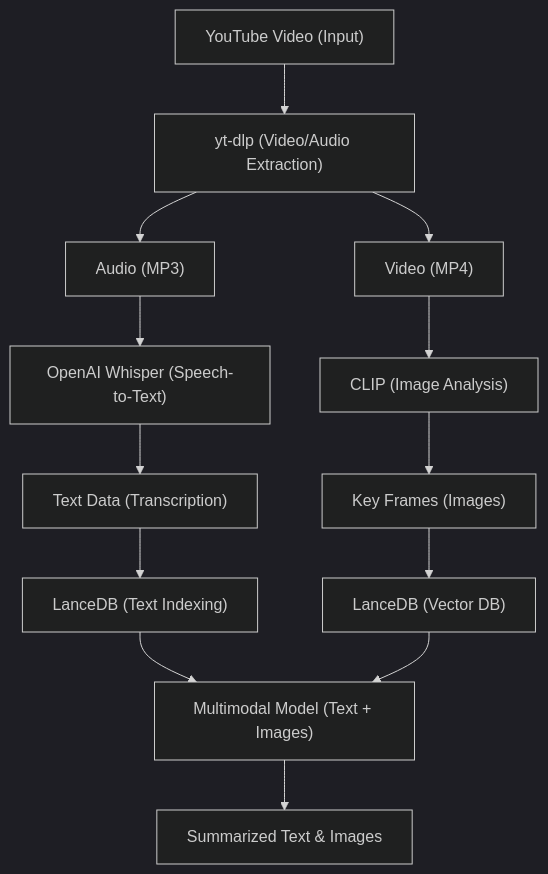
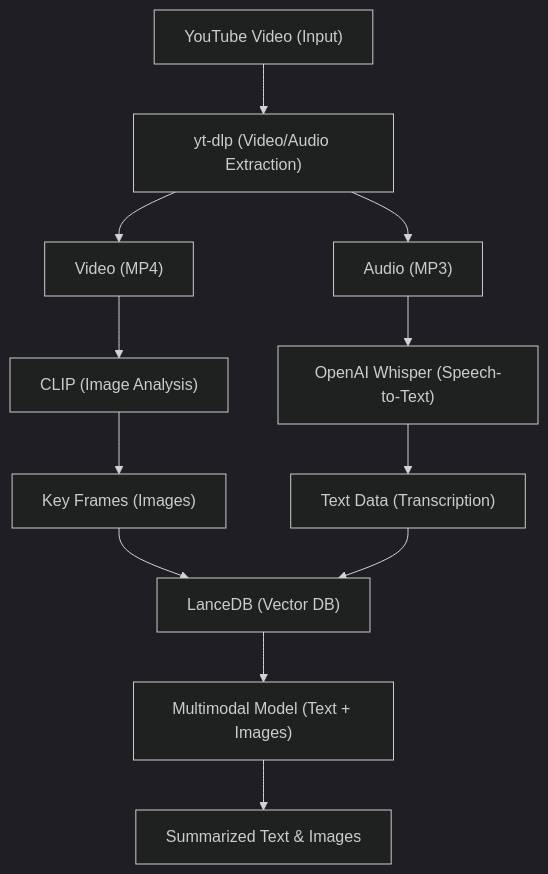
Before and after one commit to naveenkrishnan840/Youtube-Video-Summarization: the diagram in README.md, drawn with Mermaid (dark theme).

````diff
--- a/README.md
+++ b/README.md
@@ -51,16 +51,15 @@
 ```mermaid
 graph TD
     %% Graph structure
-    A["YouTube Video (Input)"] --> B["yt-dlp (Video/Audio Extraction)"];
+A["YouTube Video (Input)"] --> B["yt-dlp (Video/Audio Extraction)"];
     B --> C["Audio (MP3)"];
     B --> D["Video (MP4)"];
     C --> E["OpenAI Whisper (Speech-to-Text)"];
     D --> F["CLIP (Image Analysis)"];
     E --> G["Text Data (Transcription)"];
     F --> H["Key Frames (Images)"];
-    G --> I["LanceDB (Text Indexing)"];
     H --> J["LanceDB (Vector DB)"];
-    I --> K["Multimodal Model (Text + Images)"];
-    J --> K;
+	G --> J;
+    J --> K["Multimodal Model (Text + Images)"];
     K --> L["Summarized Text & Images"];
 ```
````
